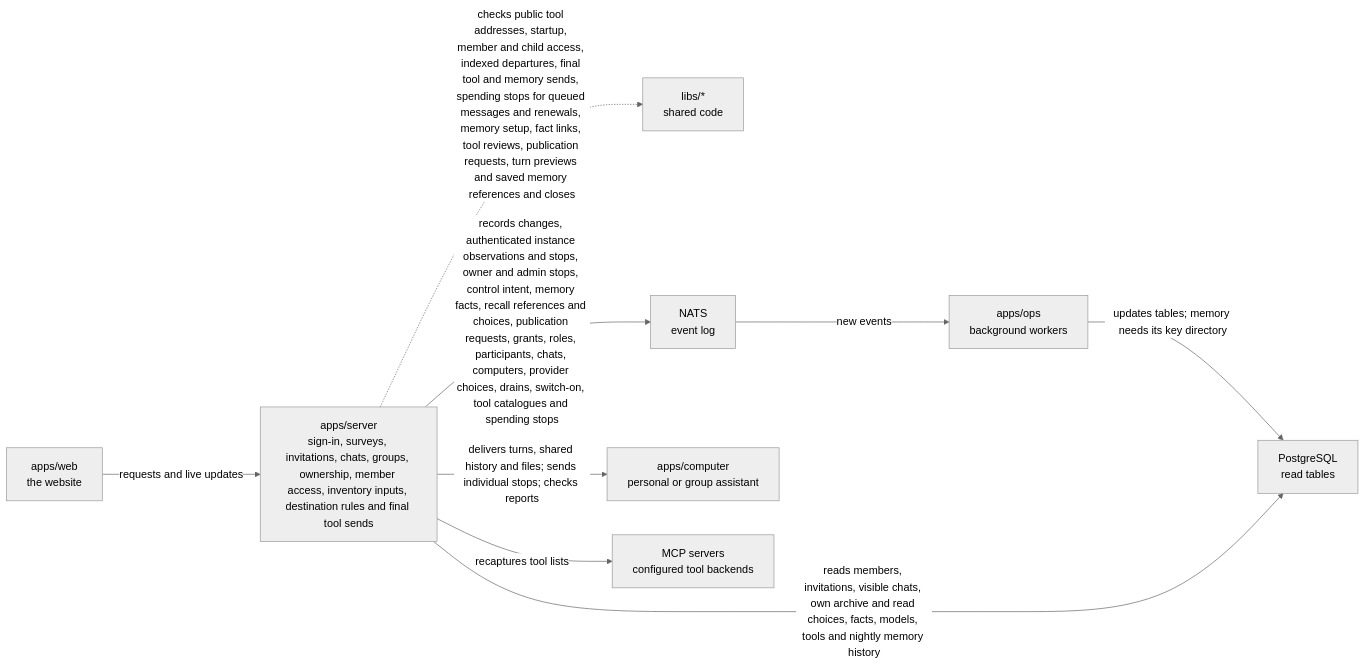
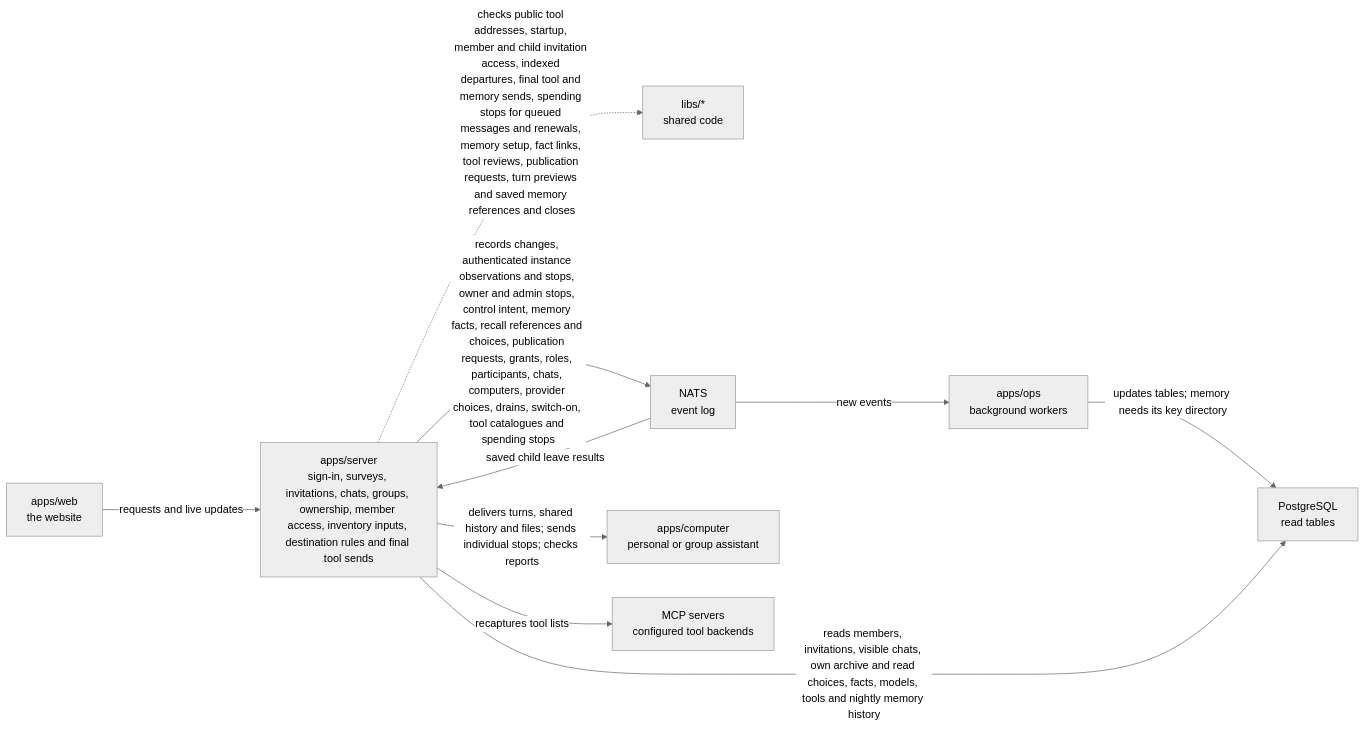
One commit to elewa-git/opencrane-new changed the diagram in apps/server/README.md. Above: the diagram before and after it, drawn with Mermaid (neutral theme). The commit also changed other lines of this file and 12 other files, not shown here.

First line of the commit message:
👥 Child chat creators can invite people to the shared history, remove them, and anyone can leave and safely retry leaving (#400)

````diff
--- a/apps/server/README.md
+++ b/apps/server/README.md
@@ -11,11 +11,12 @@
 ```mermaid
 flowchart LR
   web["apps/web<br/>the website"] -->|requests and live updates| server["apps/server<br/>sign-in, surveys, invitations, chats, groups, ownership, member access, inventory inputs, destination rules and final tool sends"]
-  server -.->|checks public tool addresses, startup, member and child access, indexed departures, final tool and memory sends, spending stops for queued messages and renewals, memory setup, fact links, tool reviews, publication requests, turn previews and saved memory references and closes| libs["libs/*<br/>shared code"]
+  server -.->|checks public tool addresses, startup, member and child invitation access, indexed departures, final tool and memory sends, spending stops for queued messages and renewals, memory setup, fact links, tool reviews, publication requests, turn previews and saved memory references and closes| libs["libs/*<br/>shared code"]
   server -->|records changes, authenticated instance observations and stops, owner and admin stops, control intent, memory facts, recall references and choices, publication requests, grants, roles, participants, chats, computers, provider choices, drains, switch-on, tool catalogues and spending stops| nats["NATS<br/>event log"]
+  nats -->|saved child leave results| server
   nats -->|new events| ops["apps/ops<br/>background workers"]
   ops -->|updates tables; memory needs its key directory| postgres["PostgreSQL<br/>read tables"]
   server -->|reads members, invitations, visible chats, own archive and read choices, facts, models, tools and nightly memory history| postgres
   server -->|delivers turns, shared history and files; sends individual stops; checks reports| computer["apps/computer<br/>personal or group assistant"]
   server -->|recaptures tool lists| mcp["MCP servers<br/>configured tool backends"]
 ```
````
